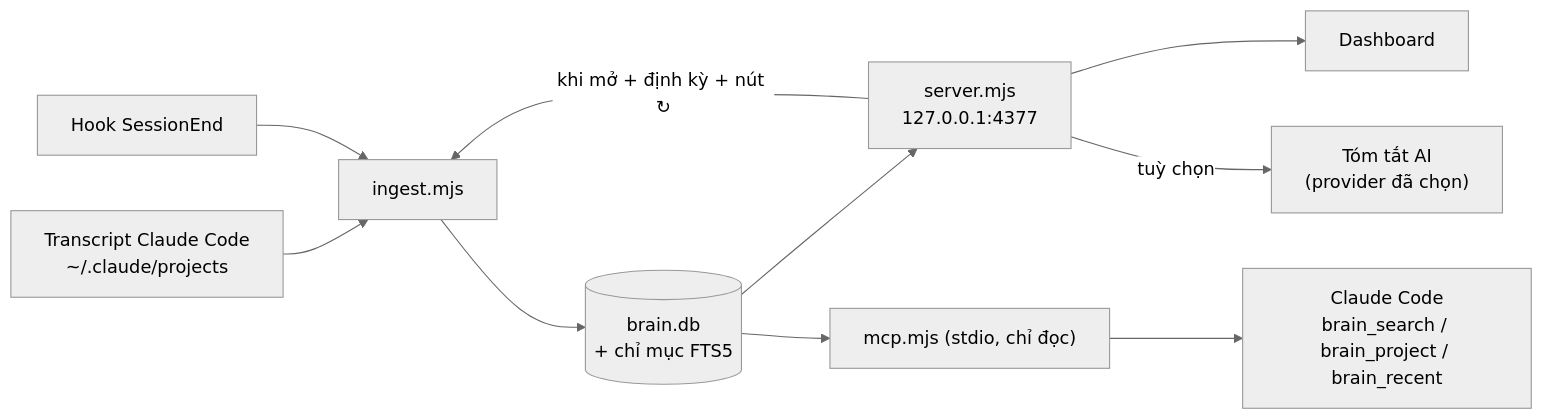
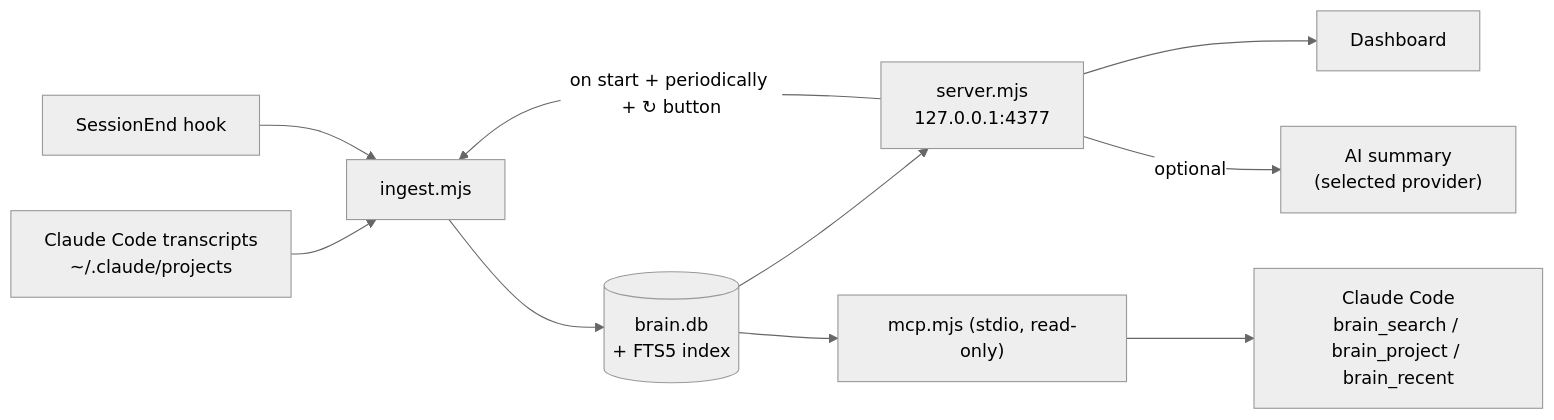
One commit to hienct-fpt/personal-brain changed the third of 4 diagrams in README.md. Above: the diagram before and after it, drawn with Mermaid (neutral theme). The commit also changed other lines of this file and 11 other files, not shown here.

````diff
--- a/README.md
+++ b/README.md
@@ -143,10 +147,10 @@
 ```mermaid
 flowchart LR
-  T["Transcript Claude Code<br/>~/.claude/projects"] --> I["ingest.mjs"]
-  H["Hook SessionEnd"] --> I
-  I --> DB[("brain.db<br/>+ chỉ mục FTS5")]
+  T["Claude Code transcripts<br/>~/.claude/projects"] --> I["ingest.mjs"]
+  H["SessionEnd hook"] --> I
+  I --> DB[("brain.db<br/>+ FTS5 index")]
   DB --> S["server.mjs<br/>127.0.0.1:4377"] --> UI["Dashboard"]
-  S -->|"khi mở + định kỳ + nút ↻"| I
-  S -->|"tuỳ chọn"| AI["Tóm tắt AI<br/>(provider đã chọn)"]
-  DB --> M["mcp.mjs (stdio, chỉ đọc)"] --> CC["Claude Code<br/>brain_search / brain_project / brain_recent"]
+  S -->|"on start + periodically + ↻ button"| I
+  S -->|"optional"| AI["AI summary<br/>(selected provider)"]
+  DB --> M["mcp.mjs (stdio, read-only)"] --> CC["Claude Code<br/>brain_search / brain_project / brain_recent"]
 ```
````
